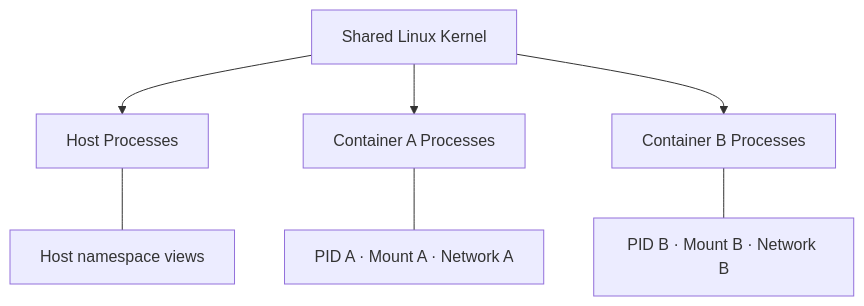
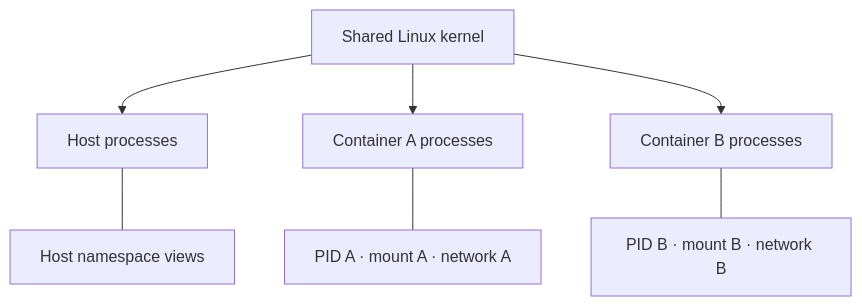
Before and after one commit to yul1ux/linux-containers-under-the-hood: the first of 4 diagrams in docs/part-02-kernel-isolation/chapter-03-linux-namespaces.md, drawn with Mermaid. The commit also changed other lines of this file, not shown here.

````diff
--- a/docs/part-02-kernel-isolation/chapter-03-linux-namespaces.md
+++ b/docs/part-02-kernel-isolation/chapter-03-linux-namespaces.md
@@ -46,10 +45,10 @@
 ```mermaid
 flowchart TB
-    K[Shared Linux Kernel]
-    K --> H[Host Processes]
-    K --> A[Container A Processes]
-    K --> B[Container B Processes]
+    K[Shared Linux kernel]
+    K --> H[Host processes]
+    K --> A[Container A processes]
+    K --> B[Container B processes]
     H --- HN[Host namespace views]
-    A --- AN[PID A · Mount A · Network A]
-    B --- BN[PID B · Mount B · Network B]
+    A --- AN[PID A · mount A · network A]
+    B --- BN[PID B · mount B · network B]
 ```
````
